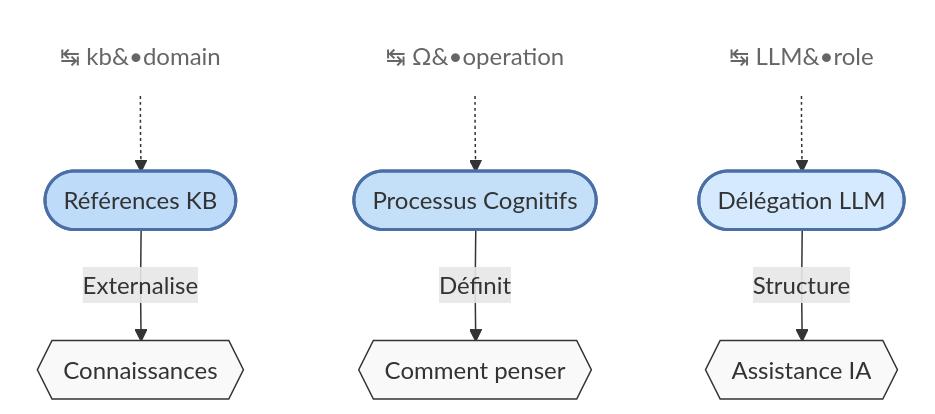
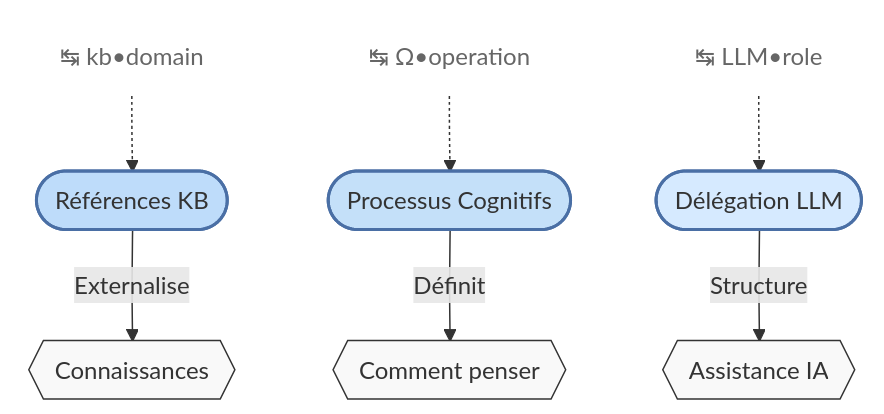
One commit to giak/cursor-rules-agile-workflow changed the first of 7 diagrams in .cursor/documentation/0000-cursor-rules-documentation.md. Above: the diagram before and after it, drawn with Mermaid. The commit also changed other lines of this file and 19 other files, not shown here.

````diff
--- a/.cursor/documentation/0000-cursor-rules-documentation.md
+++ b/.cursor/documentation/0000-cursor-rules-documentation.md
@@ -38,31 +38,31 @@
 ```mermaid
 flowchart TD
     %% Définition des nœuds avec des formes plus élégantes
     P1(["Références KB"])
     P2(["Processus Cognitifs"])
     P3(["Délégation LLM"])
     K{{Connaissances}}
     C{{Comment penser}}
     L{{Assistance IA}}
 
     %% Connexions avec libellés courts
     P1 -->|"Externalise"| K
     P2 -->|"Définit"| C
     P3 -->|"Structure"| L
 
     %% Annotations légères
-    Notation1["↹ kb&#8226;domain"] -.-> P1
-    Notation2["↹ Ω&#8226;operation"] -.-> P2
-    Notation3["↹ LLM&#8226;role"] -.-> P3
+    Notation1["↹ kb•domain"] -.-> P1
+    Notation2["↹ Ω•operation"] -.-> P2
+    Notation3["↹ LLM•role"] -.-> P3
 
     %% Styles améliorés
     style P1 fill:#bedcfa,stroke:#4a6fa5,stroke-width:2px,color:#333
     style P2 fill:#c4e0f9,stroke:#4a6fa5,stroke-width:2px,color:#333
     style P3 fill:#d6eaff,stroke:#4a6fa5,stroke-width:2px,color:#333
     style K fill:#f9f9f9,stroke:#333,stroke-width:1px
     style C fill:#f9f9f9,stroke:#333,stroke-width:1px
     style L fill:#f9f9f9,stroke:#333,stroke-width:1px
     style Notation1 fill:none,stroke:none,color:#666
     style Notation2 fill:none,stroke:none,color:#666
     style Notation3 fill:none,stroke:none,color:#666
 ```
````
